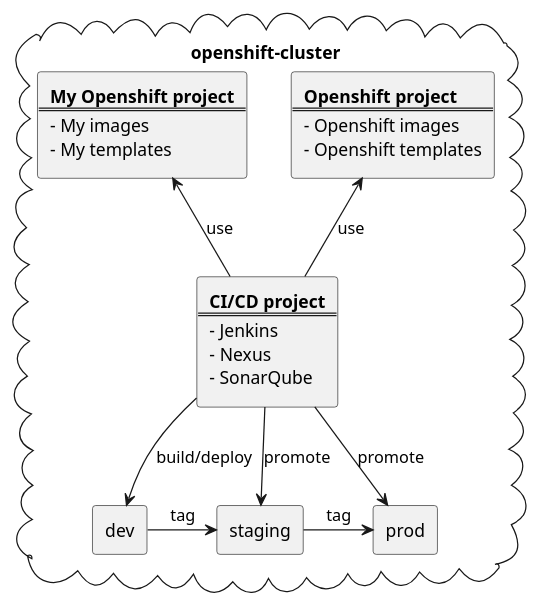
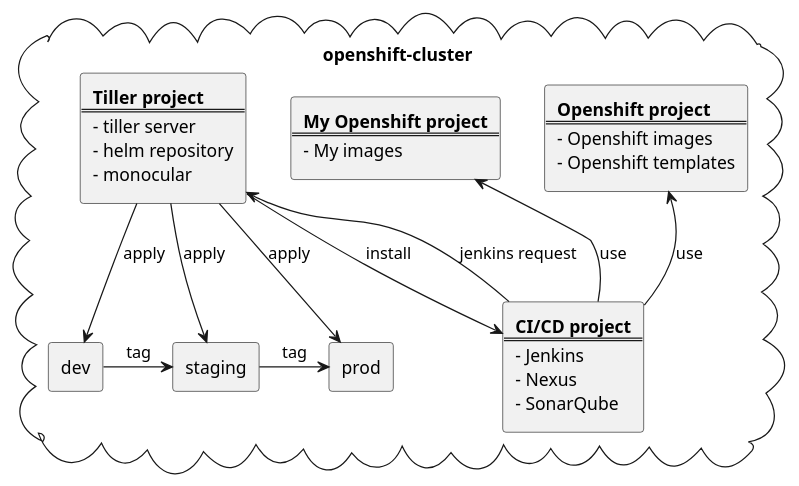
The diagram in doc/images/architecture.puml (arnaud-deprez/cicd-openshift), drawn with PlantUML before and after one commit. The commit also changed 1 other file, not shown here.

```diff
--- a/doc/images/architecture.puml
+++ b/doc/images/architecture.puml
@@ -1,38 +1,47 @@
 @startuml
 top to bottom direction
 skinparam packageStyle rect
 
 cloud "openshift-cluster" {
+    
     rectangle openshift [
         <b>Openshift project</b>
         ====
         - Openshift images
         - Openshift templates
     ]
     rectangle my [
         <b>My Openshift project</b>
         ====
         - My images
-        - My templates
+    ]
+    rectangle tiller [
+        <b>Tiller project</b>
+        ===
+        - tiller server
+        - helm repository
+        - monocular
     ]
     rectangle cicd [
         <b>CI/CD project</b>
         ====
         - Jenkins
         - Nexus
         - SonarQube
     ]
     rectangle dev
     rectangle staging
     rectangle prod
 
     openshift <-- cicd : use
     my <-- cicd : use
-    cicd --> dev : build/deploy
-    cicd --> staging : promote
-    cicd --> prod : promote
+    cicd --> tiller : jenkins request
+    tiller --> cicd : install
+    tiller --> dev : apply
+    tiller --> staging : apply
+    tiller --> prod : apply
     dev -right-> staging : tag
     staging -right-> prod : tag
 }
 
 @enduml
```
